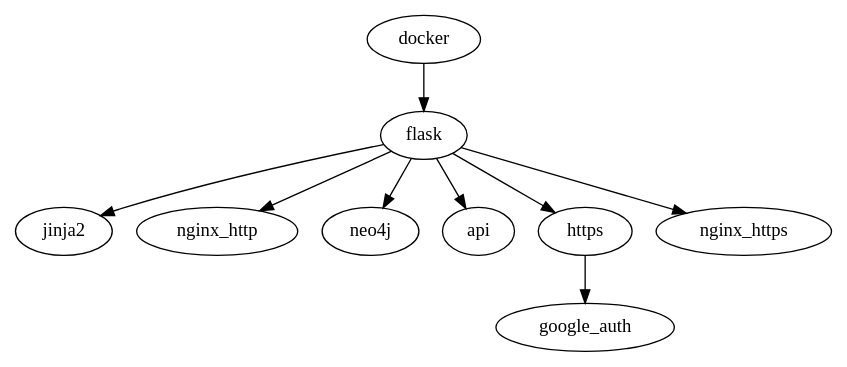
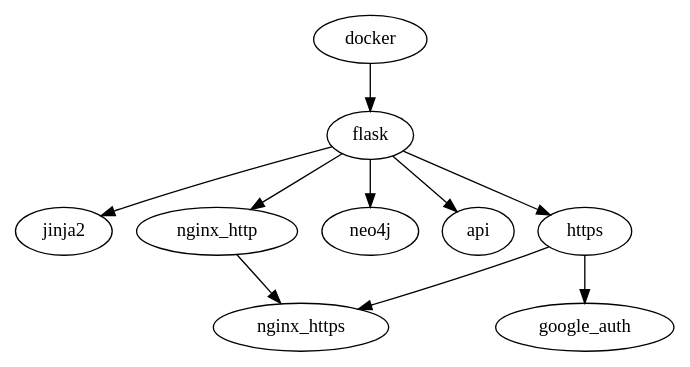
Before and after one commit to allofphysicsgraph/pdg_essential_demo_docker: the diagram in tutorials_dependency_graph.dot, drawn with Graphviz. The commit also changed 1 other file, not shown here.

```diff
--- a/tutorials_dependency_graph.dot
+++ b/tutorials_dependency_graph.dot
@@ -1,29 +1,30 @@
 digraph G {
 
 docker [URL="https://github.com/allofphysicsgraph/pdg_essential_demo_docker"];
 
 flask [URL="https://github.com/allofphysicsgraph/pdg_essential_demo_flask_website"];
 docker -> flask;
 
 jinja2 [URL="https://github.com/allofphysicsgraph/pdg_essential_demo_jinja2"];
 flask -> jinja2;
 
 nginx_http [URL=""];
 flask -> nginx_http;
 
 neo4j [URL="https://github.com/allofphysicsgraph/pdg_essential_demo_neo4j_and_flask"];
 flask -> neo4j;
 
 api [URL="https://github.com/allofphysicsgraph/pdg_essential_demo_api"];
 flask -> api;
 
 https [URL=""];
 flask -> https;
 
 nginx_https [URL=""];
-flask -> nginx_https;
+nginx_http -> nginx_https;
+https -> nginx_https;
 
 google_auth [URL="https://github.com/allofphysicsgraph/pdg_essential_demo_google_auth"];
 https -> google_auth;
 
 }
```
